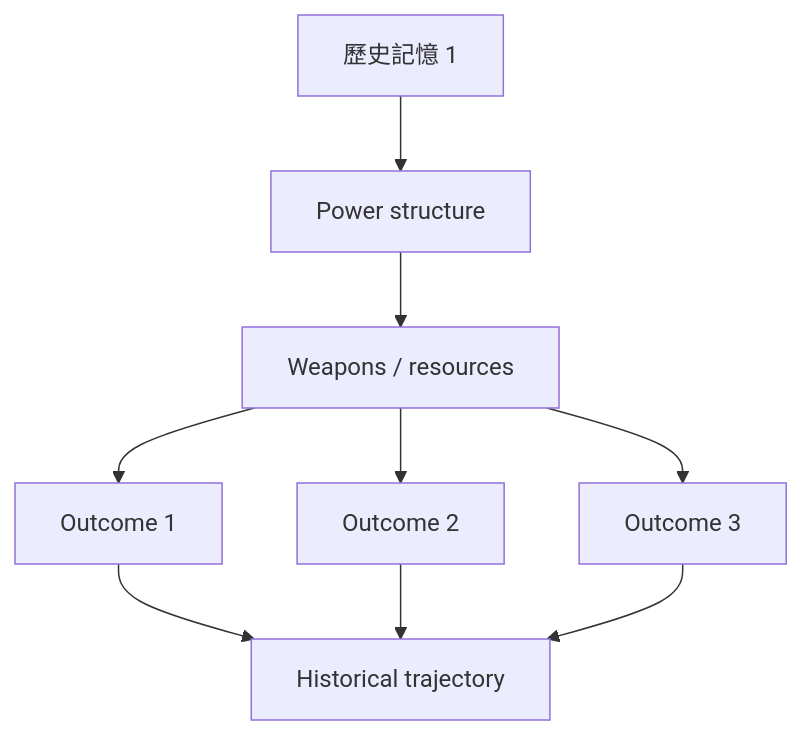
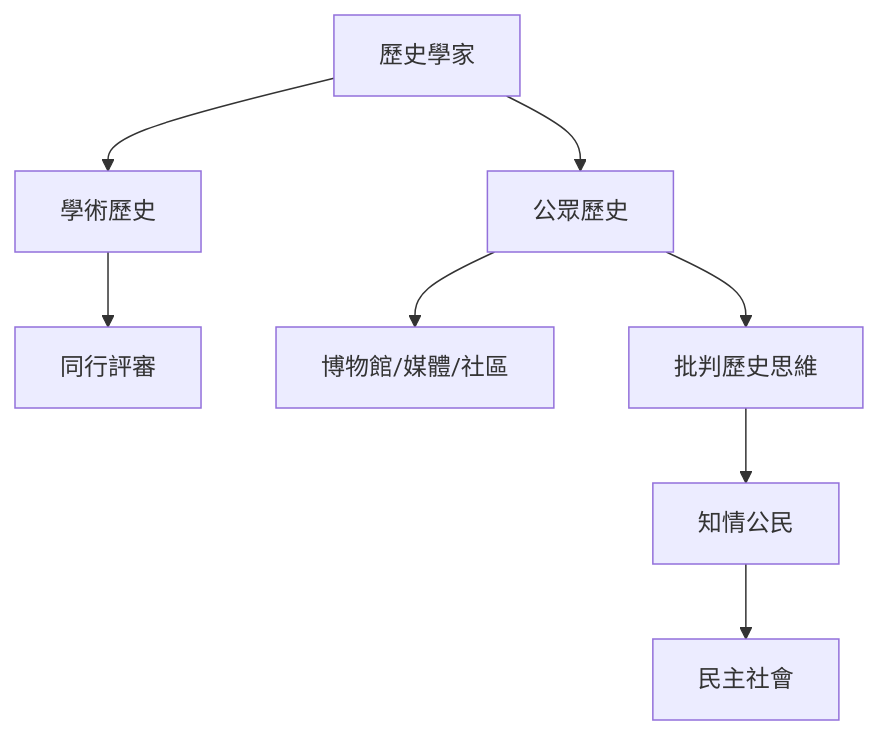
The fifth of 10 diagrams in 01_HKU_Courses/HIST4035_History_Applied_Internship.md (yip-lgtm/HKU-Harvard-History-Self-Study), drawn with Mermaid before and after one commit. The commit also changed other lines of this file and 65 other files, not shown here.

````diff
--- a/01_HKU_Courses/HIST4035_History_Applied_Internship.md
+++ b/01_HKU_Courses/HIST4035_History_Applied_Internship.md
@@ -263,11 +283,10 @@
 ```mermaid
-graph TD
-    A[歷史記憶 1] --> B[Power structure]
-    B --> C[Weapons / resources]
-    C --> D[Outcome 1]
-    C --> E[Outcome 2]
-    C --> F[Outcome 3]
-    D --> G[Historical trajectory]
-    E --> G
-    F --> G
+flowchart TD
+    A[歷史學家] --> B[學術歷史]
+    B --> C[同行評審]
+    A --> D[公眾歷史]
+    D --> E[博物館/媒體/社區]
+    D --> F[批判歷史思維]
+    F --> G[知情公民]
+    G --> H[民主社會]
 ```
````
